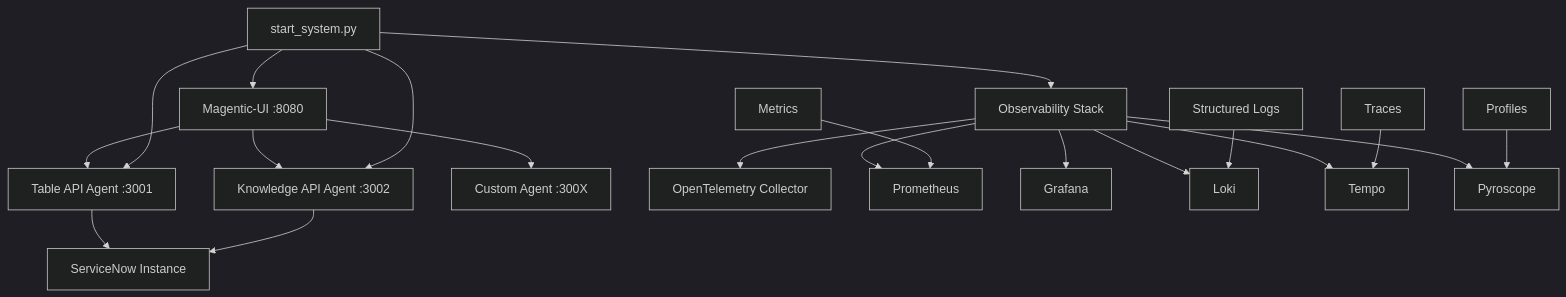
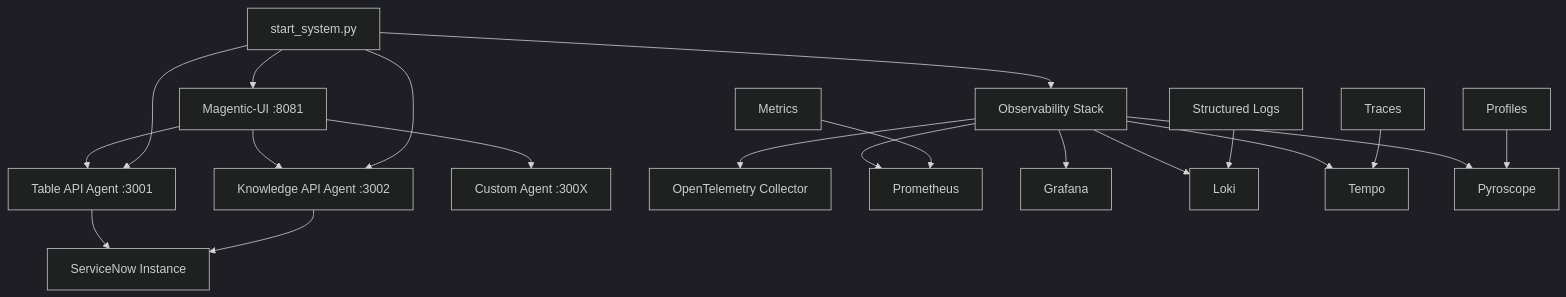
Before and after one commit to karthik1609/agentic_solutions: the diagram in docs/ARCHITECTURE.md, drawn with Mermaid (dark theme). The commit also changed other lines of this file and 7 other files, not shown here.

````diff
--- a/docs/ARCHITECTURE.md
+++ b/docs/ARCHITECTURE.md
@@ -9,26 +9,26 @@
 ```mermaid
 graph TB
-    UI[Magentic-UI :8080] --> MCP1[Table API Agent :3001]
+    UI[Magentic-UI :8081] --> MCP1[Table API Agent :3001]
     UI --> MCP2[Knowledge API Agent :3002]
     UI --> MCP3[Custom Agent :300X]
     
     MCP1 --> SN[ServiceNow Instance]
     MCP2 --> SN
     
     START[start_system.py] --> UI
     START --> MCP1
     START --> MCP2
     START --> OBS[Observability Stack]
     
     OBS --> OTEL[OpenTelemetry Collector]
     OBS --> PROM[Prometheus]
     OBS --> GRAF[Grafana]
     OBS --> LOKI[Loki]
     OBS --> TEMPO[Tempo]
     OBS --> PYRO[Pyroscope]
     
     LOGS[Structured Logs] --> LOKI
     METRICS[Metrics] --> PROM
     TRACES[Traces] --> TEMPO
     PROFILES[Profiles] --> PYRO
 ```
````
